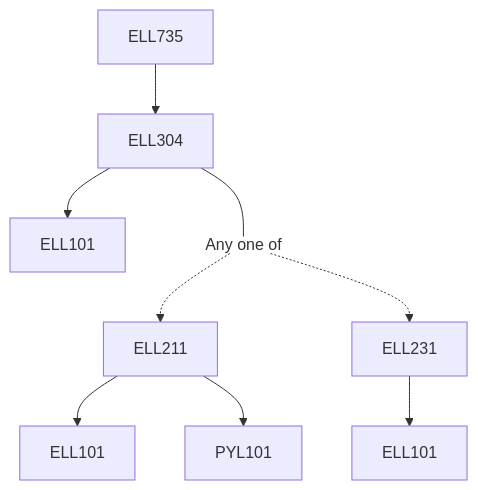
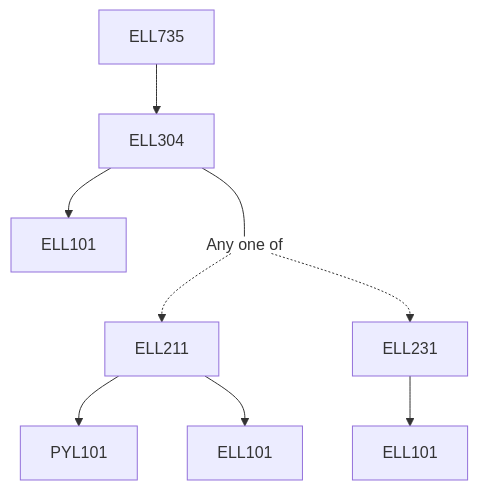
Before and after one commit to KeshavBansal0122/CoS_Website: the diagram in content/Electrical Engineering/ELL735.md, drawn with Mermaid. The commit also changed other lines of this file and 2667 other files, not shown here.

````diff
--- a/content/Electrical Engineering/ELL735.md
+++ b/content/Electrical Engineering/ELL735.md
@@ -15,15 +13,15 @@
 ```mermaid
 flowchart TD
-ELL735-143[ELL735]
-ELL304-143 --> ELL101-143[ELL101]
-ELL304-143 --- Or144[Any one of]:::empty
-Or144 -.-> ELL211-145[ELL211]
-ELL211-145 --> ELL101-145[ELL101]
-ELL211-145 --> PYL101-145[PYL101]
-Or144 -.-> ELL231-146[ELL231]
-ELL231-146 --> ELL101-146[ELL101]
-ELL735-143 --> ELL304-143[ELL304]
+ELL735-355[ELL735]
+ELL735-355 --> ELL304-355[ELL304]
+ELL304-355 --> ELL101-355[ELL101]
+ELL304-355 --- Or356[Any one of]:::empty
+ELL211-357 --> PYL101-357[PYL101]
+ELL211-357 --> ELL101-357[ELL101]
+Or356 -.-> ELL211-357[ELL211]
+ELL231-358 --> ELL101-358[ELL101]
+Or356 -.-> ELL231-358[ELL231]
 
 classDef empty height:17px, fill:transparent, stroke:transparent;
 classDef trueEmpty height:0px, width:0px;
 ```
````
